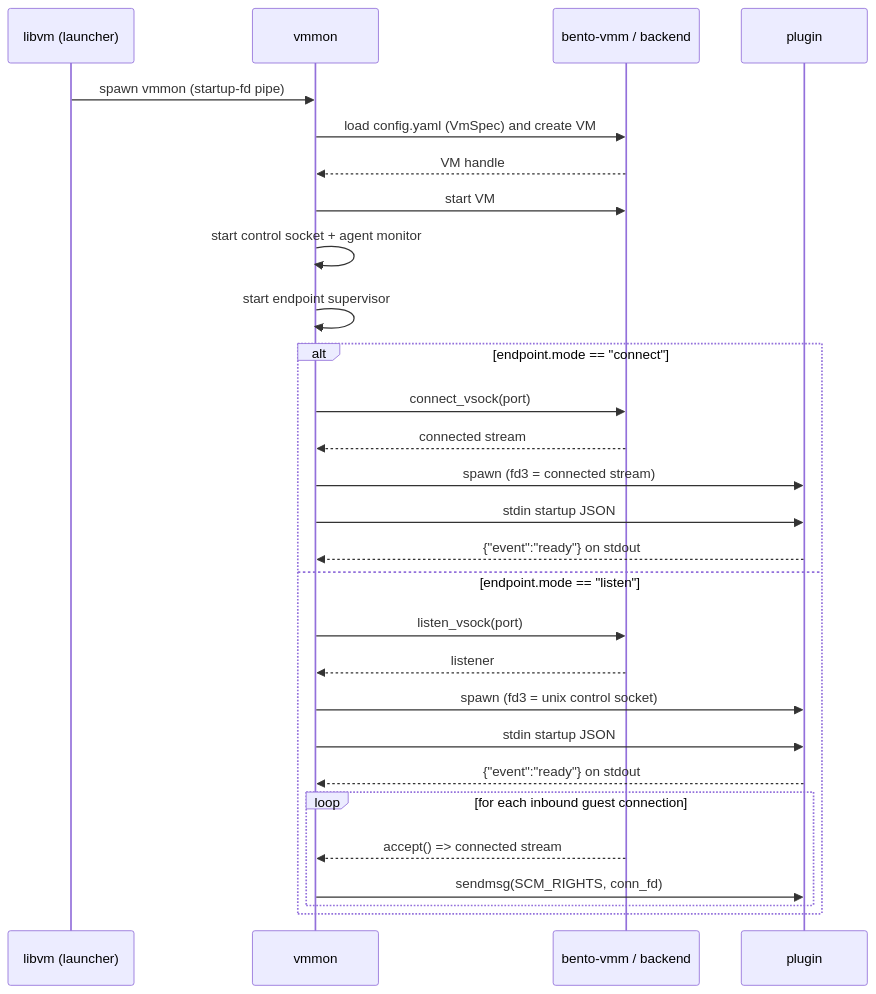
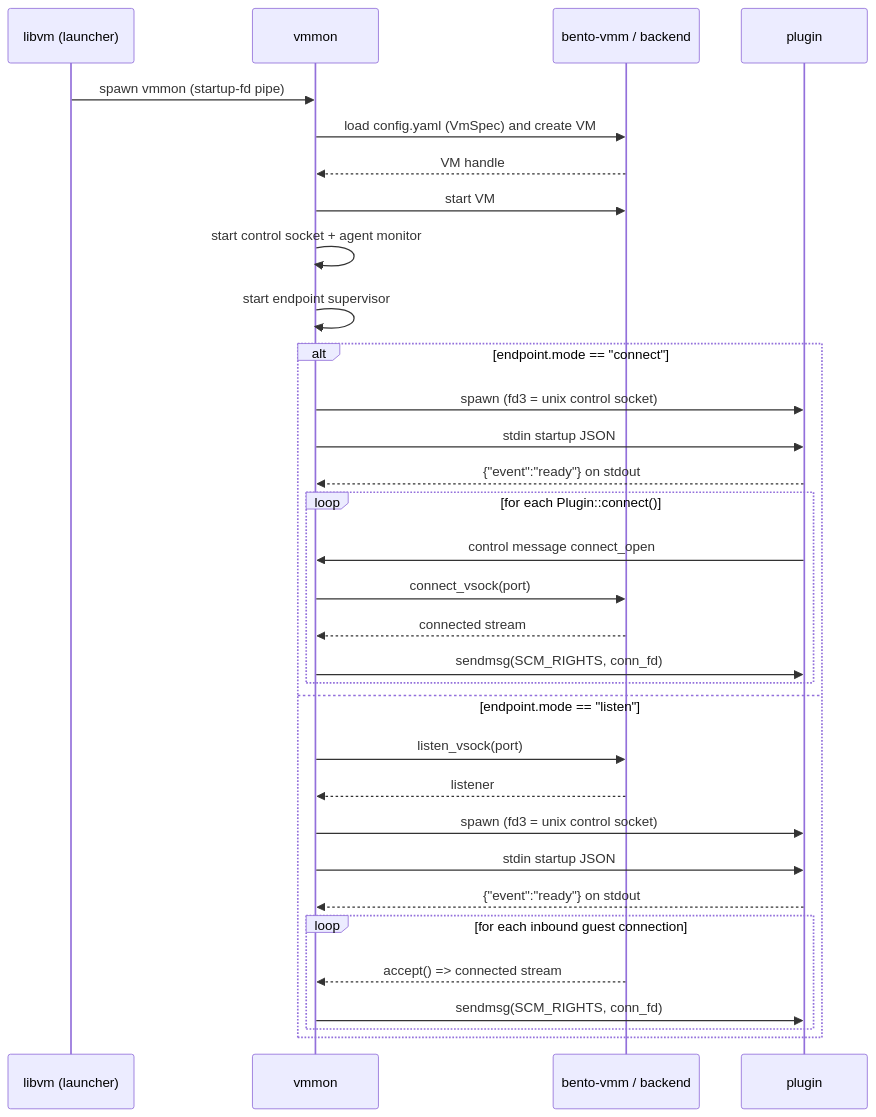
The first of 2 diagrams in docs/adr/0005-vmmon-vsock-endpoint-plugins.md (vandycknick/bentobox), drawn with Mermaid before and after one commit. The commit also changed other lines of this file and 8 other files, not shown here.

Commit message:
refactor(vmmon): add broker for connect plugins

````diff
--- a/docs/adr/0005-vmmon-vsock-endpoint-plugins.md
+++ b/docs/adr/0005-vmmon-vsock-endpoint-plugins.md
@@ -95,32 +98,36 @@
 ```mermaid
 sequenceDiagram
   participant libvm as libvm (launcher)
   participant vmmon as vmmon
   participant vmm as bento-vmm / backend
   participant plugin as plugin
 
   libvm->>vmmon: spawn vmmon (startup-fd pipe)
   vmmon->>vmm: load config.yaml (VmSpec) and create VM
   vmm-->>vmmon: VM handle
   vmmon->>vmm: start VM
   vmmon->>vmmon: start control socket + agent monitor
   vmmon->>vmmon: start endpoint supervisor
 
   alt endpoint.mode == "connect"
-    vmmon->>vmm: connect_vsock(port)
-    vmm-->>vmmon: connected stream
-    vmmon->>plugin: spawn (fd3 = connected stream)
+    vmmon->>plugin: spawn (fd3 = unix control socket)
     vmmon->>plugin: stdin startup JSON
     plugin-->>vmmon: {"event":"ready"} on stdout
+    loop for each Plugin::connect()
+      plugin->>vmmon: control message connect_open
+      vmmon->>vmm: connect_vsock(port)
+      vmm-->>vmmon: connected stream
+      vmmon->>plugin: sendmsg(SCM_RIGHTS, conn_fd)
+    end
   else endpoint.mode == "listen"
     vmmon->>vmm: listen_vsock(port)
     vmm-->>vmmon: listener
     vmmon->>plugin: spawn (fd3 = unix control socket)
     vmmon->>plugin: stdin startup JSON
     plugin-->>vmmon: {"event":"ready"} on stdout
     loop for each inbound guest connection
       vmm-->>vmmon: accept() => connected stream
       vmmon->>plugin: sendmsg(SCM_RIGHTS, conn_fd)
     end
   end
 ```
````
